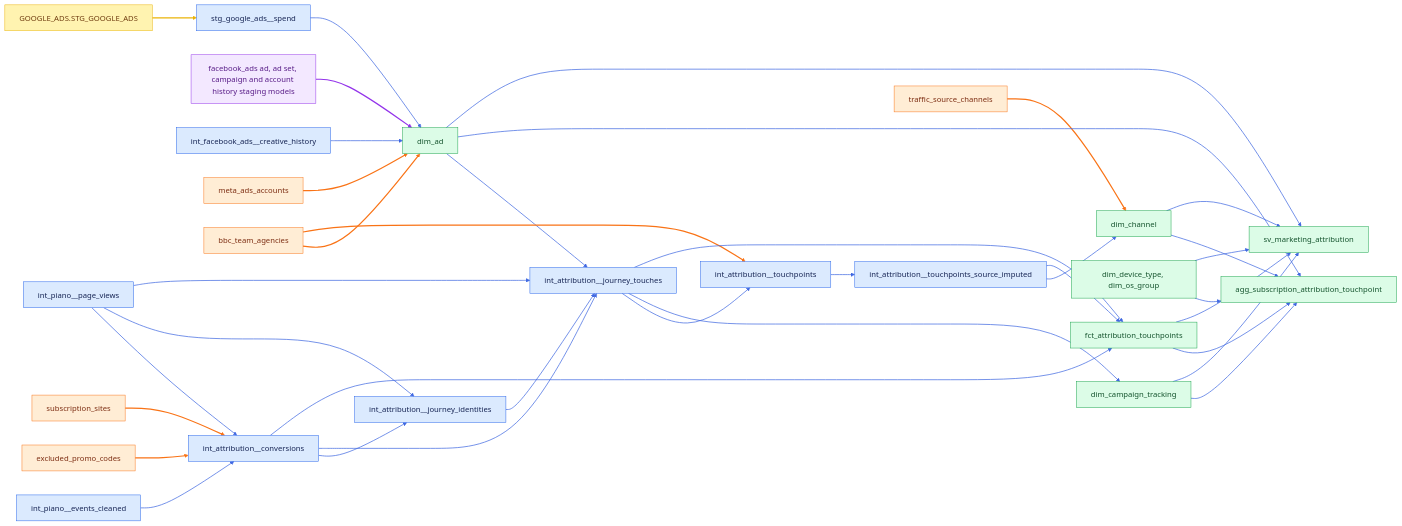
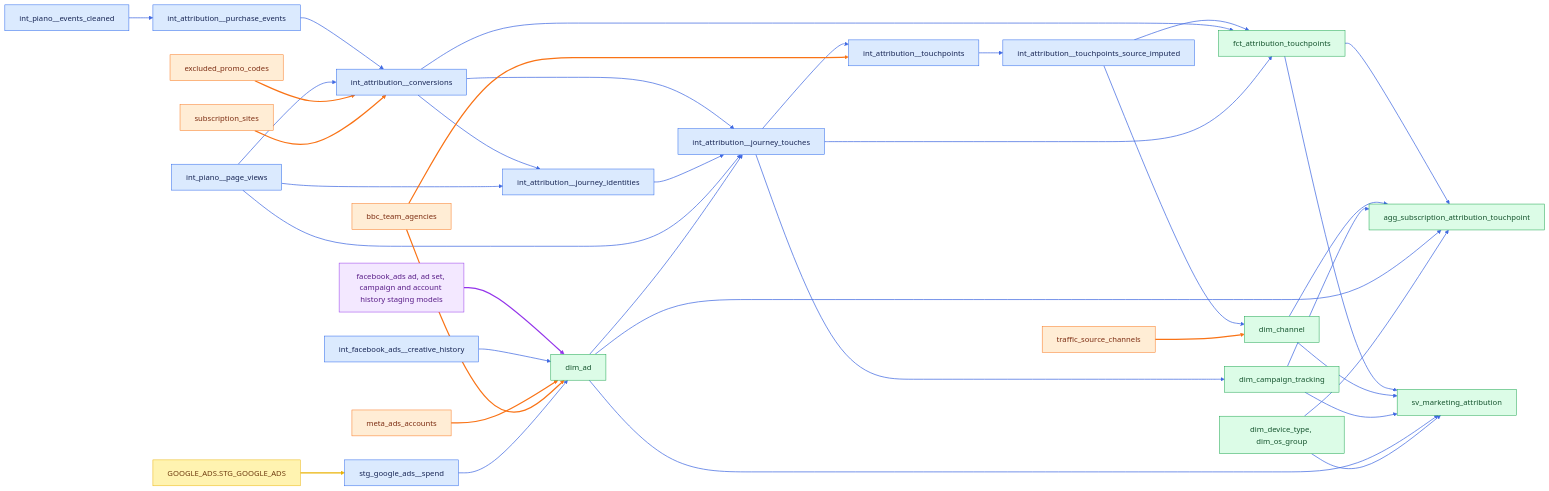
Before and after one commit to angelatanbbc/angela_bbc: the fifth of 8 diagrams in docs/lineage.md, drawn with Mermaid. The commit also changed other lines of this file and 24 other files, not shown here.

````diff
--- a/docs/lineage.md
+++ b/docs/lineage.md
@@ -164,45 +164,46 @@
 ```mermaid
 graph LR
     classDef seed fill:#ffedd5,stroke:#f97316,color:#7c2d12
     classDef model fill:#dbeafe,stroke:#2563eb,color:#172554
     classDef mart fill:#dcfce7,stroke:#16a34a,color:#14532d
     classDef package fill:#f3e8ff,stroke:#9333ea,color:#581c87
     classDef source fill:#fff3b0,stroke:#eab308,color:#713f12
-    cleaned["int_piano__events_cleaned"]:::model --> conversions["int_attribution__conversions"]:::model
+    purchases["int_attribution__purchase_events"]:::model --> conversions["int_attribution__conversions"]:::model
     page_views["int_piano__page_views"]:::model --> conversions
     promo_codes["excluded_promo_codes"]:::seed --> conversions
     sites["subscription_sites"]:::seed --> conversions
     conversions --> identities["int_attribution__journey_identities"]:::model
     page_views --> identities
     conversions --> touches["int_attribution__journey_touches"]:::model
     identities --> touches
     page_views --> touches
     fb_history["facebook_ads ad, ad set, campaign and account history staging models"]:::package --> ad["dim_ad"]:::mart
     creative["int_facebook_ads__creative_history"]:::model --> ad
     accounts["meta_ads_accounts"]:::seed --> ad
     agencies["bbc_team_agencies"]:::seed --> ad
     ad --> touches
     touches --> touchpoints["int_attribution__touchpoints"]:::model --> imputed["int_attribution__touchpoints_source_imputed"]:::model
     agencies --> touchpoints
     imputed --> channel["dim_channel"]:::mart
     channels_seed["traffic_source_channels"]:::seed --> channel
     touches --> tracking["dim_campaign_tracking"]:::mart
     imputed --> fact["fct_attribution_touchpoints"]:::mart
     conversions --> fact
     touches --> fact
     fact --> agg["agg_subscription_attribution_touchpoint"]:::mart
     channel --> agg
     tracking --> agg
     ad --> agg
     device["dim_device_type, dim_os_group"]:::mart --> agg
     fact --> sv["sv_marketing_attribution"]:::mart
     channel --> sv
     tracking --> sv
     ad --> sv
     device --> sv
     google["GOOGLE_ADS.STG_GOOGLE_ADS"]:::source --> google_stg["stg_google_ads__spend"]:::model --> ad
-    linkStyle 0,1,4,5,6,7,8,10,13,14,15,17,19,20,21,22,23,24,25,26,27,28,29,30,31,32,34 stroke:#4169e1,stroke-width:1.5px
+    cleaned["int_piano__events_cleaned"]:::model --> purchases
+    linkStyle 0,1,4,5,6,7,8,10,13,14,15,17,19,20,21,22,23,24,25,26,27,28,29,30,31,32,34,35 stroke:#4169e1,stroke-width:1.5px
     linkStyle 2,3,11,12,16,18 stroke:#f97316,stroke-width:2.5px
     linkStyle 9 stroke:#9333ea,stroke-width:2.5px
     linkStyle 33 stroke:#eab308,stroke-width:2.5px
 ```
````
